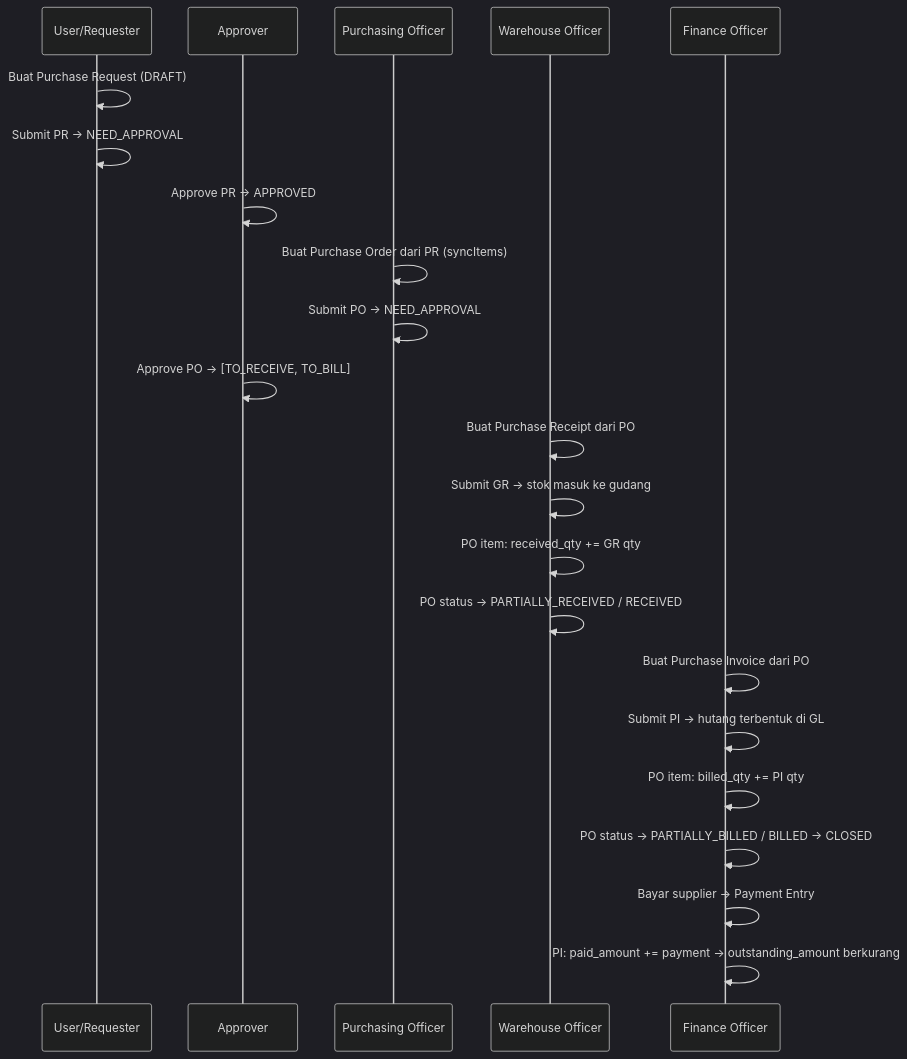
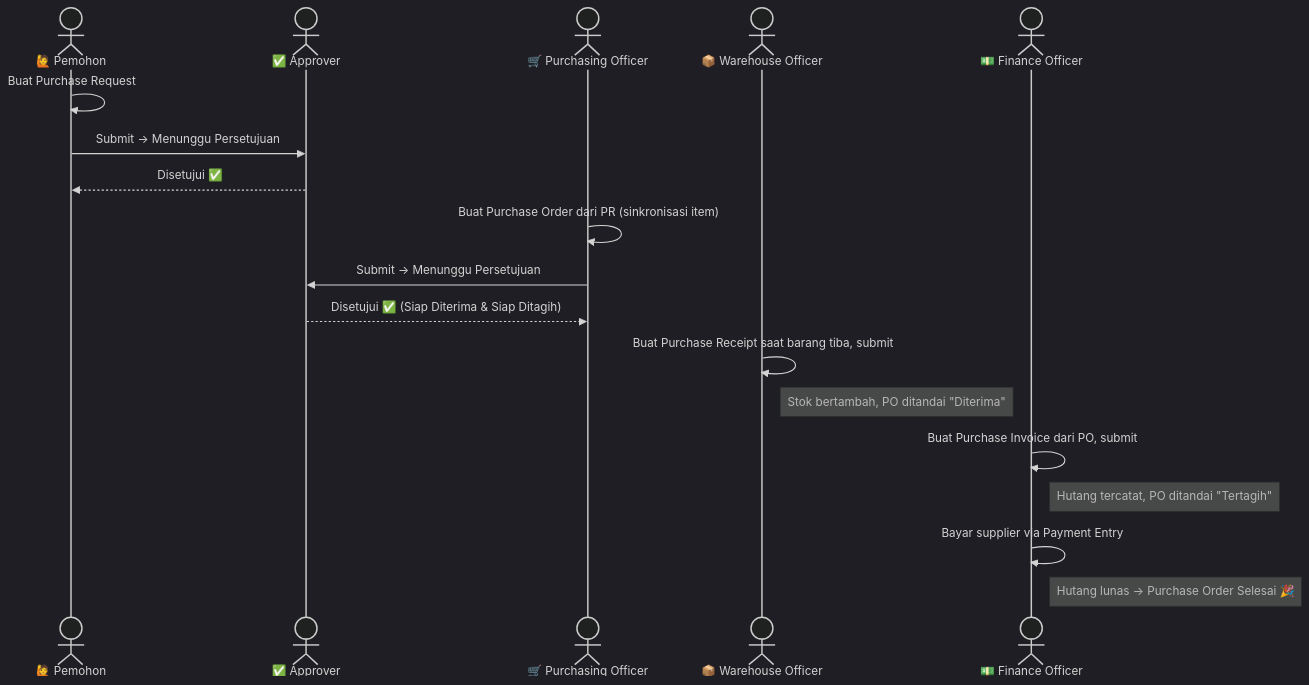
One commit to RimbunCode/erp_pataya changed the sixth of 7 diagrams in docs/modules/purchase.md. Above: the diagram before and after it, drawn with Mermaid (dark theme). The commit also changed other lines of this file and 14 other files, not shown here.

````diff
--- a/docs/modules/purchase.md
+++ b/docs/modules/purchase.md
@@ -359,25 +266,25 @@
 ```mermaid
 sequenceDiagram
-    participant U as User/Requester
-    participant A as Approver
-    participant P as Purchasing Officer
-    participant W as Warehouse Officer
-    participant F as Finance Officer
+    actor Req as 🙋 Pemohon
+    actor Approver as ✅ Approver
+    actor Purchasing as 🛒 Purchasing Officer
+    actor Gudang as 📦 Warehouse Officer
+    actor Finance as 💵 Finance Officer
 
-    U->>U: Buat Purchase Request (DRAFT)
-    U->>U: Submit PR → NEED_APPROVAL
-    A->>A: Approve PR → APPROVED
-    P->>P: Buat Purchase Order dari PR (syncItems)
-    P->>P: Submit PO → NEED_APPROVAL
-    A->>A: Approve PO → [TO_RECEIVE, TO_BILL]
-    W->>W: Buat Purchase Receipt dari PO
-    W->>W: Submit GR → stok masuk ke gudang
-    W->>W: PO item: received_qty += GR qty
-    W->>W: PO status → PARTIALLY_RECEIVED / RECEIVED
-    F->>F: Buat Purchase Invoice dari PO
-    F->>F: Submit PI → hutang terbentuk di GL
-    F->>F: PO item: billed_qty += PI qty
-    F->>F: PO status → PARTIALLY_BILLED / BILLED → CLOSED
-    F->>F: Bayar supplier → Payment Entry
-    F->>F: PI: paid_amount += payment → outstanding_amount berkurang
+    Req->>Req: Buat Purchase Request
+    Req->>Approver: Submit → Menunggu Persetujuan
+    Approver-->>Req: Disetujui ✅
+
+    Purchasing->>Purchasing: Buat Purchase Order dari PR (sinkronisasi item)
+    Purchasing->>Approver: Submit → Menunggu Persetujuan
+    Approver-->>Purchasing: Disetujui ✅ (Siap Diterima & Siap Ditagih)
+
+    Gudang->>Gudang: Buat Purchase Receipt saat barang tiba, submit
+    Note right of Gudang: Stok bertambah, PO ditandai "Diterima"
+
+    Finance->>Finance: Buat Purchase Invoice dari PO, submit
+    Note right of Finance: Hutang tercatat, PO ditandai "Tertagih"
+
+    Finance->>Finance: Bayar supplier via Payment Entry
+    Note right of Finance: Hutang lunas → Purchase Order Selesai 🎉
 ```
````
